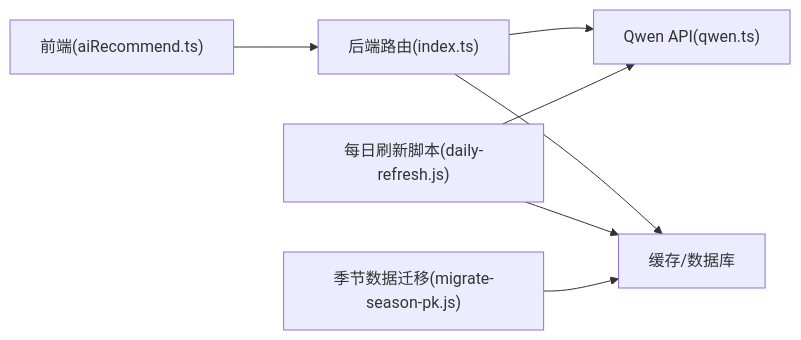
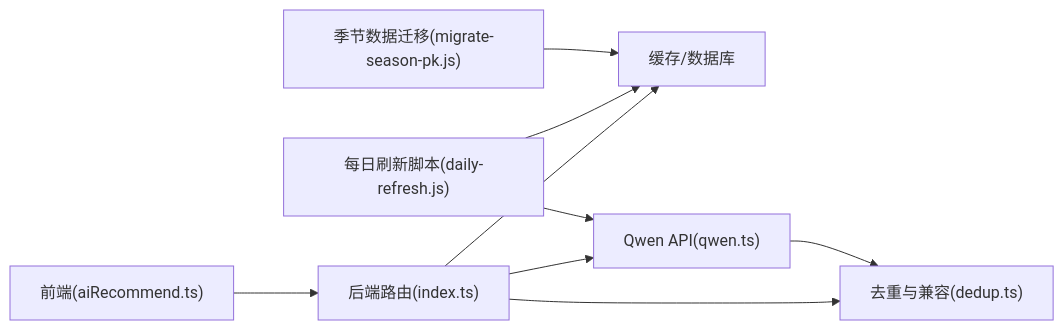
The seventh of 7 diagrams in .qoder/repowiki/zh/content/后端API架构/API端点设计/POI数据接口.md (ititjjy/AITrip-plan), drawn with Mermaid before and after one commit. The commit also changed other lines of this file and 144 other files, not shown here.

````diff
--- a/.qoder/repowiki/zh/content/后端API架构/API端点设计/POI数据接口.md
+++ b/.qoder/repowiki/zh/content/后端API架构/API端点设计/POI数据接口.md
@@ -263,9 +309,11 @@
 ```mermaid
 graph LR
 FE["前端(aiRecommend.ts)"] --> API["后端路由(index.ts)"]
 API --> Cache["缓存/数据库"]
 API --> Qwen["Qwen API(qwen.ts)"]
+API --> Dedup["去重与兼容(dedup.ts)"]
+Qwen --> Dedup
 Daily["每日刷新脚本(daily-refresh.js)"] --> Qwen
 Daily --> Cache
 Migrate["季节数据迁移(migrate-season-pk.js)"] --> Cache
 ```
````
